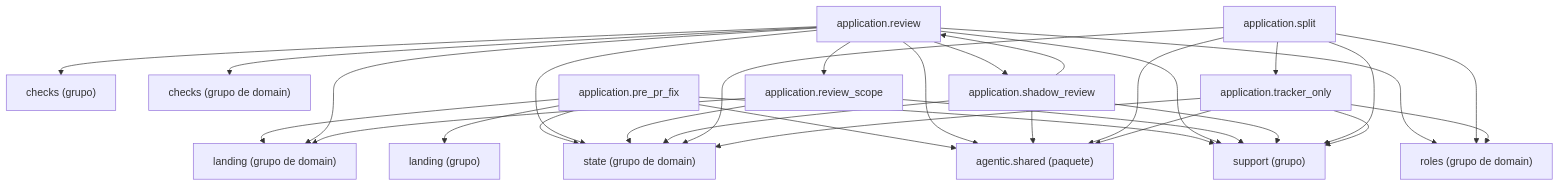
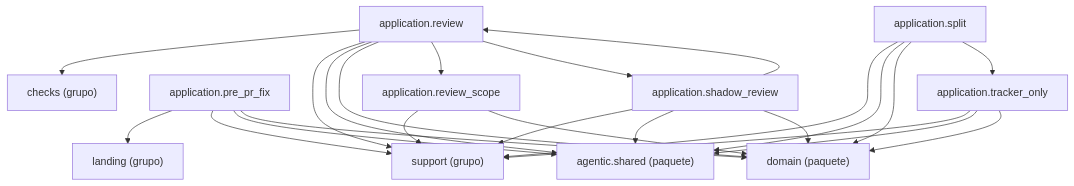
One commit to GonzaloZevallos/agentic-system changed the diagram in docs/architecture/generated/packages-process-application-build-2.md. Above: the diagram before and after it, drawn with Mermaid. The commit also changed other lines of this file, not shown here.

Commit message:
Regenerate the architecture page for the split imports (GH-592)

````diff
--- a/docs/architecture/generated/packages-process-application-build-2.md
+++ b/docs/architecture/generated/packages-process-application-build-2.md
@@ -16,47 +16,37 @@
 ```mermaid
 graph TD
     g_application__checks["checks (grupo)"]
     g_application__landing["landing (grupo)"]
     g_application__support["support (grupo)"]
-    g_domain__checks["checks (grupo de domain)"]
-    g_domain__landing["landing (grupo de domain)"]
-    g_domain__roles["roles (grupo de domain)"]
-    g_domain__state["state (grupo de domain)"]
     g_pkg__agentic__shared["agentic.shared (paquete)"]
+    g_pkg__domain["domain (paquete)"]
     m_application__pre_pr_fix["application.pre_pr_fix"]
     m_application__review["application.review"]
     m_application__review_scope["application.review_scope"]
     m_application__shadow_review["application.shadow_review"]
     m_application__split["application.split"]
     m_application__tracker_only["application.tracker_only"]
     m_application__pre_pr_fix --> g_application__landing
     m_application__pre_pr_fix --> g_application__support
-    m_application__pre_pr_fix --> g_domain__landing
-    m_application__pre_pr_fix --> g_domain__state
     m_application__pre_pr_fix --> g_pkg__agentic__shared
+    m_application__pre_pr_fix --> g_pkg__domain
     m_application__review --> g_application__checks
     m_application__review --> g_application__support
-    m_application__review --> g_domain__checks
-    m_application__review --> g_domain__landing
-    m_application__review --> g_domain__roles
-    m_application__review --> g_domain__state
     m_application__review --> g_pkg__agentic__shared
+    m_application__review --> g_pkg__domain
     m_application__review --> m_application__review_scope
     m_application__review --> m_application__shadow_review
     m_application__review_scope --> g_application__support
-    m_application__review_scope --> g_domain__landing
-    m_application__review_scope --> g_domain__state
+    m_application__review_scope --> g_pkg__domain
     m_application__shadow_review --> g_application__support
-    m_application__shadow_review --> g_domain__state
     m_application__shadow_review --> g_pkg__agentic__shared
+    m_application__shadow_review --> g_pkg__domain
     m_application__shadow_review --> m_application__review
     m_application__split --> g_application__support
-    m_application__split --> g_domain__roles
-    m_application__split --> g_domain__state
     m_application__split --> g_pkg__agentic__shared
+    m_application__split --> g_pkg__domain
     m_application__split --> m_application__tracker_only
     m_application__tracker_only --> g_application__support
-    m_application__tracker_only --> g_domain__roles
-    m_application__tracker_only --> g_domain__state
     m_application__tracker_only --> g_pkg__agentic__shared
+    m_application__tracker_only --> g_pkg__domain
 ```
````
